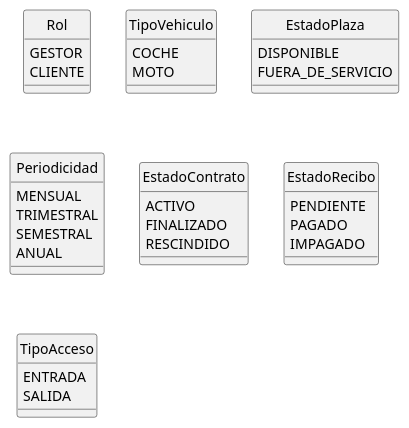
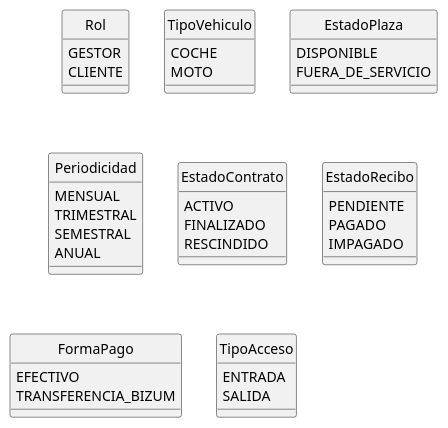
Before and after one commit to galanmg/giapp: the diagram in docs/uml/diagrama-clases-enums.puml, drawn with PlantUML. The commit also changed 15 other files, not shown here.

```diff
--- a/docs/uml/diagrama-clases-enums.puml
+++ b/docs/uml/diagrama-clases-enums.puml
@@ -1,47 +1,52 @@
 @startuml diagrama-clases-enums
 ' GIAPP - Enumerados del modelo
 ' Autor: Andres Moreno
 
 hide circle
 skinparam classAttributeIconSize 0
 
 enum Rol {
   GESTOR
   CLIENTE
 }
 
 enum TipoVehiculo {
   COCHE
   MOTO
 }
 
 enum EstadoPlaza {
   DISPONIBLE
   FUERA_DE_SERVICIO
 }
 
 enum Periodicidad {
   MENSUAL
   TRIMESTRAL
   SEMESTRAL
   ANUAL
 }
 
 enum EstadoContrato {
   ACTIVO
   FINALIZADO
   RESCINDIDO
 }
 
 enum EstadoRecibo {
   PENDIENTE
   PAGADO
   IMPAGADO
 }
 
+enum FormaPago {
+  EFECTIVO
+  TRANSFERENCIA_BIZUM
+}
+
 enum TipoAcceso {
   ENTRADA
   SALIDA
 }
 
 @enduml
```
